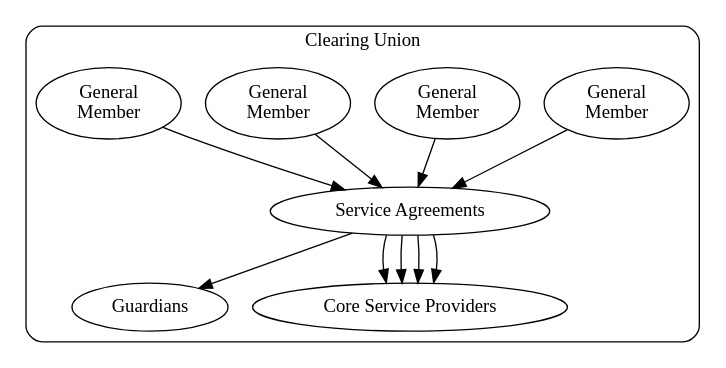
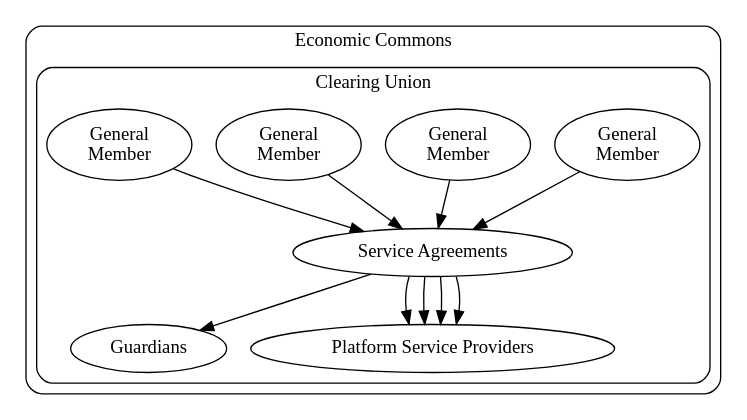
Before and after one commit to grassrootseconomics/docs.grassecon.org: the diagram in docs/legal/index.md, drawn with Graphviz. The commit also changed 9 other files, not shown here.

````diff
--- a/docs/legal/index.md
+++ b/docs/legal/index.md
@@ -19,26 +19,35 @@
 ```graphviz dot clearing_union2.svg
 digraph D {
  compound=true;
+
+  subgraph cluster_e {
+
+    label = "Economic Commons";
+     style="rounded"
+
+
+
 
   subgraph cluster_p {
 
     label = "Clearing Union";
      style="rounded"
 
 
 	e [label= "Guardians"]
         nd_1   [label = "General\nMember"];
         nd_2   [label = "General\nMember"];
         nd_3   [label = "General\nMember"];
         nd_4   [label = "General\nMember"];
 	serve_1   [label = "Service Agreements"];
-	csp   [label = "Core Service Providers"];
+	csp   [label = "Platform Service Providers"];
         nd_1 -> serve_1 -> csp
         nd_2 -> serve_1 -> csp
         nd_3 -> serve_1 -> csp
         nd_4 -> serve_1 -> csp
 	serve_1 -> e;
 
   }
+    }
 }
 ```
````
